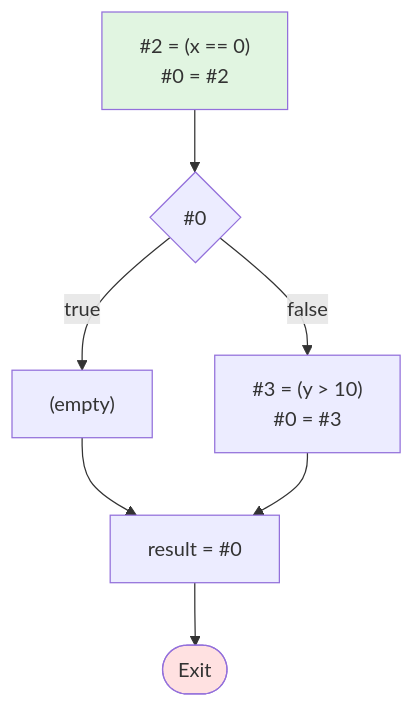
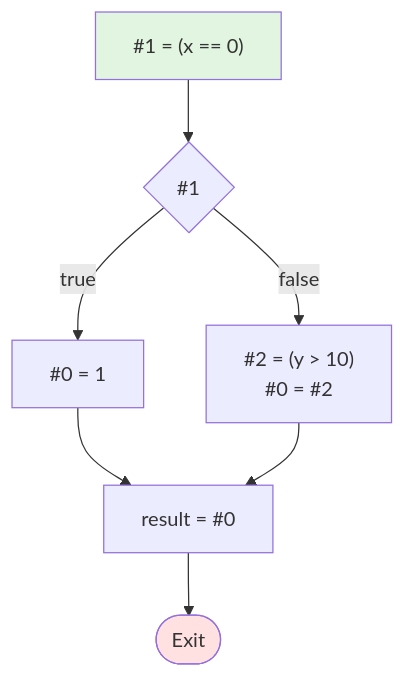
One commit to cny123222/Control-Flow-Graph-Generation-for-WhileD-Language changed the diagram in mermaid_outputs/test4_shortcircuit_or.md. Above: the diagram before and after it, drawn with Mermaid. The commit also changed other lines of this file and 2 other files, not shown here.

````diff
--- a/mermaid_outputs/test4_shortcircuit_or.md
+++ b/mermaid_outputs/test4_shortcircuit_or.md
@@ -7,18 +7,18 @@
 ```mermaid
 flowchart TD
-    B0["#2 = (x == 0)<br/>#0 = #2"]
-    C0{#0}
-    B1["(empty)"]
-    B2["#3 = (y > 10)<br/>#0 = #3"]
+    B0["#1 = (x == 0)"]
+    C0{#1}
+    B1["#0 = 1"]
+    B2["#2 = (y > 10)<br/>#0 = #2"]
     B3["result = #0"]
 
     B0 --> C0
     C0 -->|false| B2
     C0 -->|true| B1
     B1 --> B3
     B2 --> B3
     B3 --> Exit([Exit])
 
     style B0 fill:#e1f5e1
     style Exit fill:#ffe1e1
 ```
````
